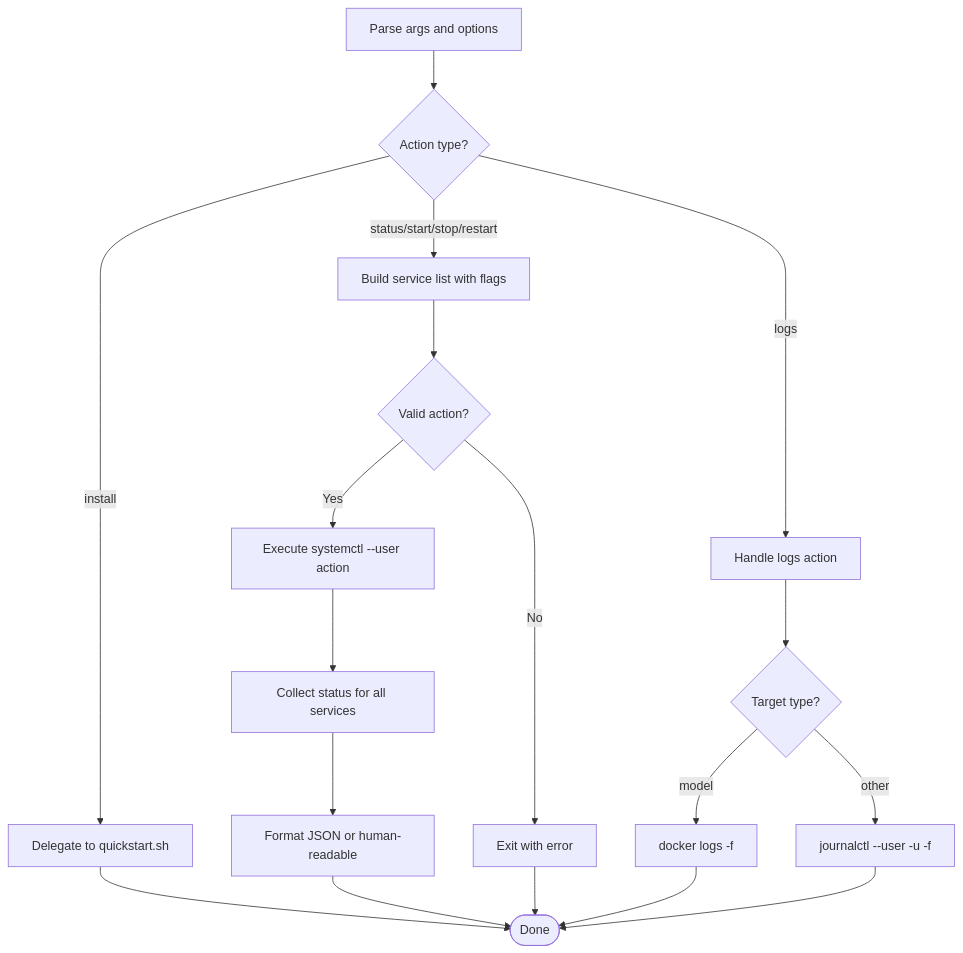
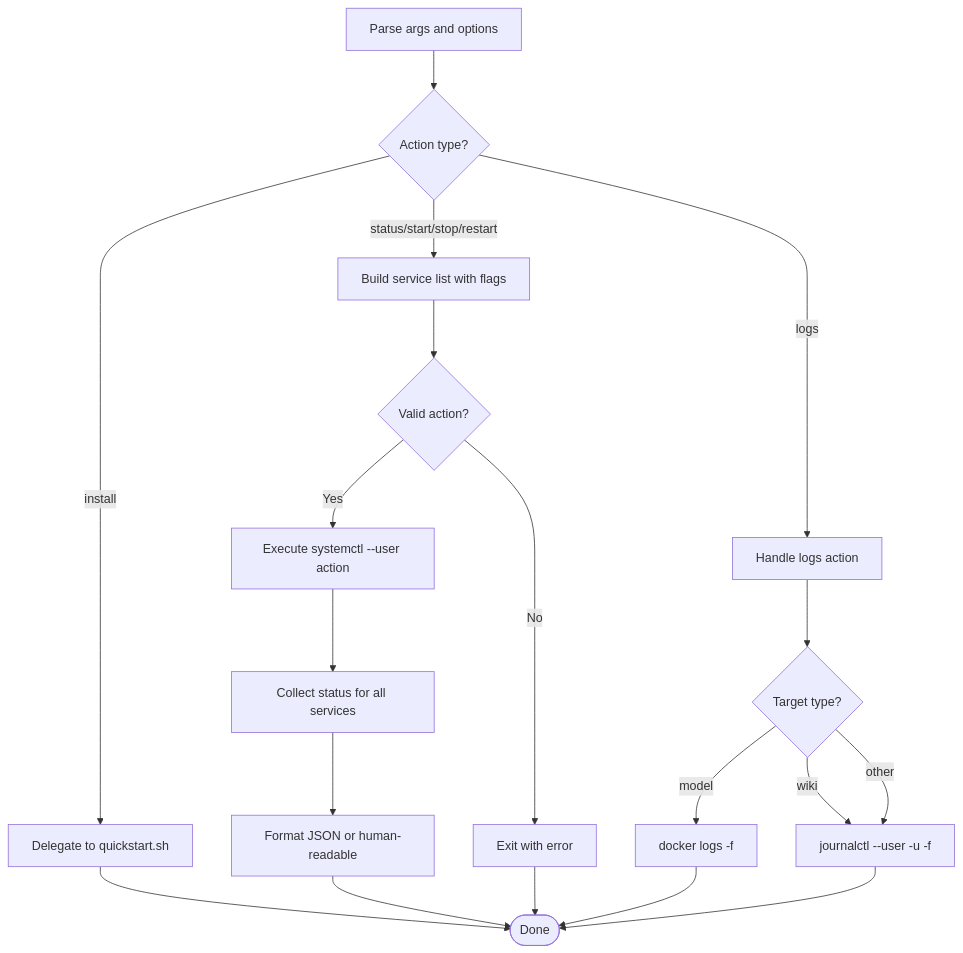
Before and after one commit to intellistream/sage-mate: the ninth of 10 diagrams in .qoder/repowiki/en/content/Deployment and Operations/Systemd Services.md, drawn with Mermaid. The commit also changed other lines of this file and 115 other files, not shown here.

````diff
--- a/.qoder/repowiki/en/content/Deployment and Operations/Systemd Services.md
+++ b/.qoder/repowiki/en/content/Deployment and Operations/Systemd Services.md
@@ -362,20 +440,21 @@
 ```mermaid
 flowchart TD
 Args["Parse args and options"] --> CheckAction{"Action type?"}
 CheckAction --> |install| Delegate["Delegate to quickstart.sh"]
 CheckAction --> |status/start/stop/restart| BuildList["Build service list with flags"]
 CheckAction --> |logs| HandleLogs["Handle logs action"]
 Delegate --> Done(["Done"])
 BuildList --> Validate{"Valid action?"}
 Validate --> |Yes| Execute["Execute systemctl --user action"]
 Validate --> |No| Error["Exit with error"]
 HandleLogs --> CheckTarget{"Target type?"}
 CheckTarget --> |model| DockerLogs["docker logs <container> -f"]
+CheckTarget --> |wiki| Journal["journalctl --user -u <wiki-unit> -f"]
 CheckTarget --> |other| Journal["journalctl --user -u <unit> -f"]
 Execute --> Status["Collect status for all services"]
 Status --> Format["Format JSON or human-readable"]
 Format --> Done
 DockerLogs --> Done
 Journal --> Done
 Error --> Done
 ```
````
